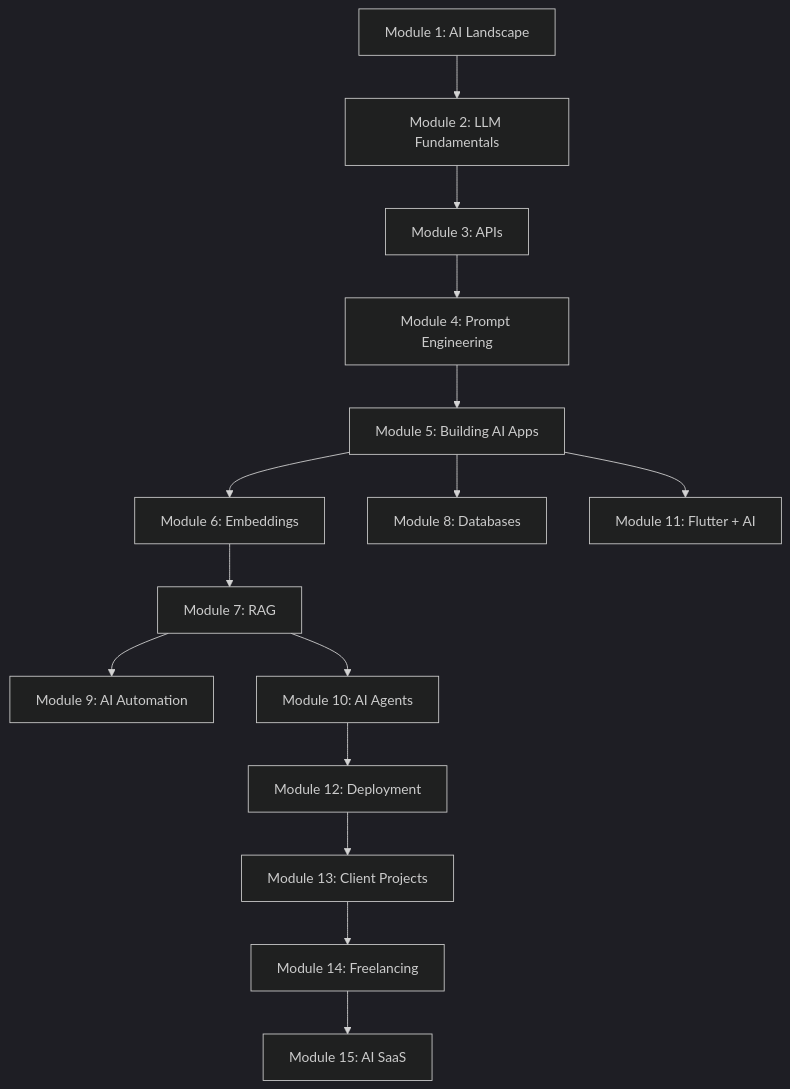
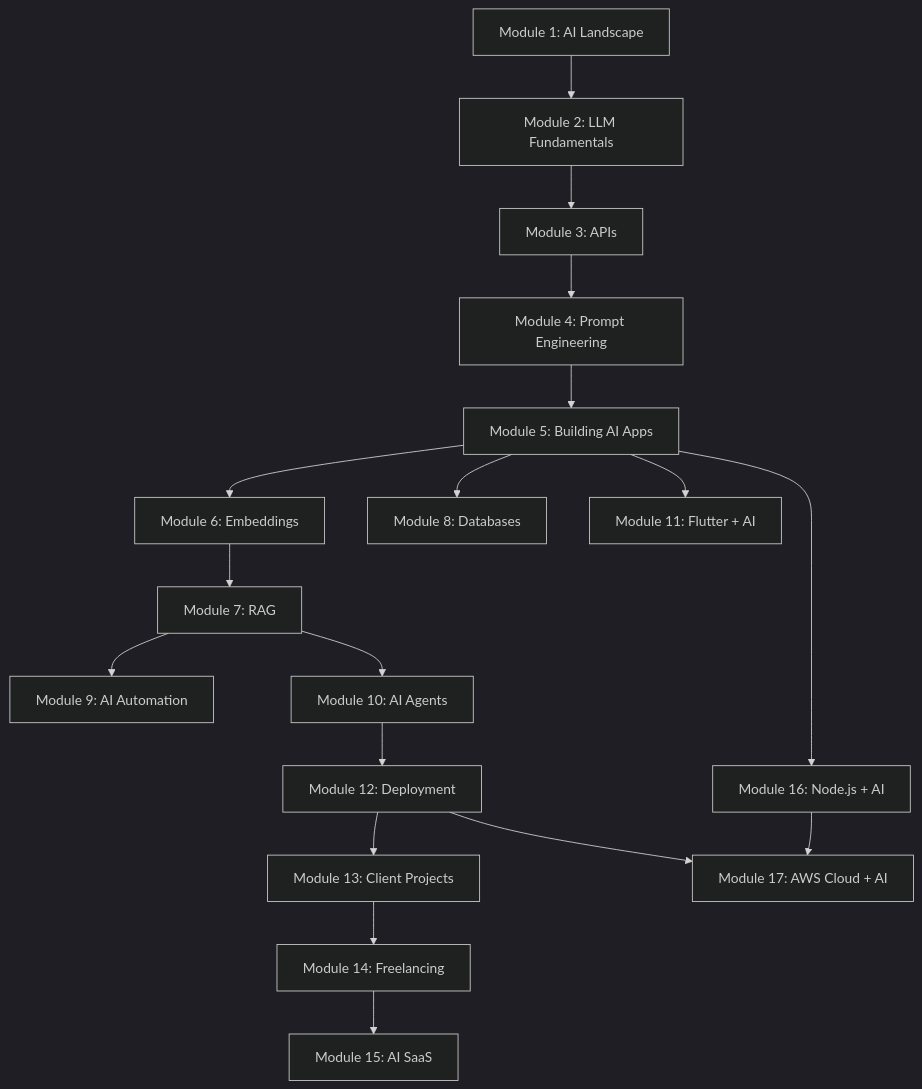
One commit to niharikaasiwal23/ai-engineering-handbook changed the fourth of 4 diagrams in chapter-01-ai-landscape/chapter-01.md. Above: the diagram before and after it, drawn with Mermaid (dark theme). The commit also changed 6 other files, not shown here.

Commit message:
Add chapters 16 (Node.js + AI) and 17 (AWS Cloud + AI)

````diff
--- a/chapter-01-ai-landscape/chapter-01.md
+++ b/chapter-01-ai-landscape/chapter-01.md
@@ -479,17 +479,20 @@
 ```mermaid
 flowchart TD
     M1[Module 1: AI Landscape] --> M2[Module 2: LLM Fundamentals]
     M2 --> M3[Module 3: APIs]
     M3 --> M4[Module 4: Prompt Engineering]
     M4 --> M5[Module 5: Building AI Apps]
     M5 --> M6[Module 6: Embeddings]
     M6 --> M7[Module 7: RAG]
     M5 --> M8[Module 8: Databases]
     M7 --> M9[Module 9: AI Automation]
     M7 --> M10[Module 10: AI Agents]
     M5 --> M11[Module 11: Flutter + AI]
     M10 --> M12[Module 12: Deployment]
     M12 --> M13[Module 13: Client Projects]
     M13 --> M14[Module 14: Freelancing]
     M14 --> M15[Module 15: AI SaaS]
+    M5 --> M16[Module 16: Node.js + AI]
+    M12 --> M17[Module 17: AWS Cloud + AI]
+    M16 --> M17
 ```
````
